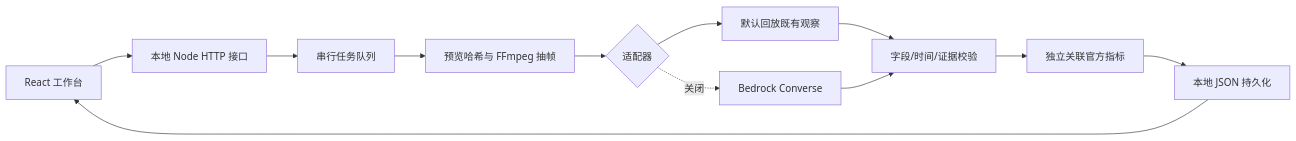
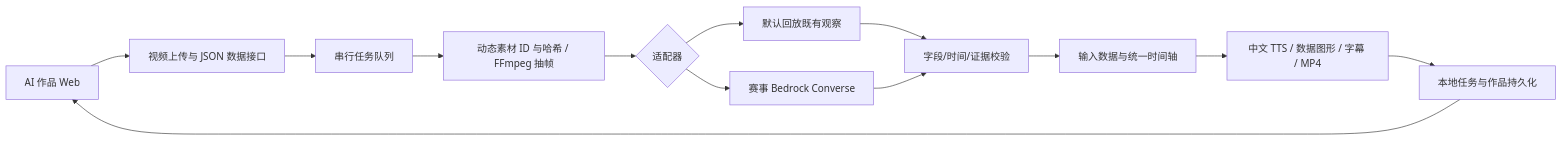
The diagram in .kiro/specs/nba-deep-court-visualization/design.md (xyh202131/aws-nba), drawn with Mermaid before and after one commit. The commit also changed other lines of this file and 58 other files, not shown here.

````diff
--- a/.kiro/specs/nba-deep-court-visualization/design.md
+++ b/.kiro/specs/nba-deep-court-visualization/design.md
@@ -7,14 +9,15 @@
 ```mermaid
 flowchart LR
-  UI[React 工作台] --> HTTP[本地 Node HTTP 接口]
+  UI[AI 作品 Web] --> HTTP[视频上传与 JSON 数据接口]
   HTTP --> Queue[串行任务队列]
-  Queue --> Media[预览哈希与 FFmpeg 抽帧]
+  Queue --> Media[动态素材 ID 与哈希 / FFmpeg 抽帧]
   Media --> Provider{适配器}
   Provider --> Fixture[默认回放既有观察]
-  Provider -. 关闭 .-> Model[Bedrock Converse]
+  Provider --> Model[赛事 Bedrock Converse]
   Fixture --> Validate[字段/时间/证据校验]
   Model --> Validate
-  Validate --> Catalog[独立关联官方指标]
-  Catalog --> Store[本地 JSON 持久化]
+  Validate --> Catalog[输入数据与统一时间轴]
+  Catalog --> Render[中文 TTS / 数据图形 / 字幕 / MP4]
+  Render --> Store[本地任务与作品持久化]
   Store --> UI
 ```
````
